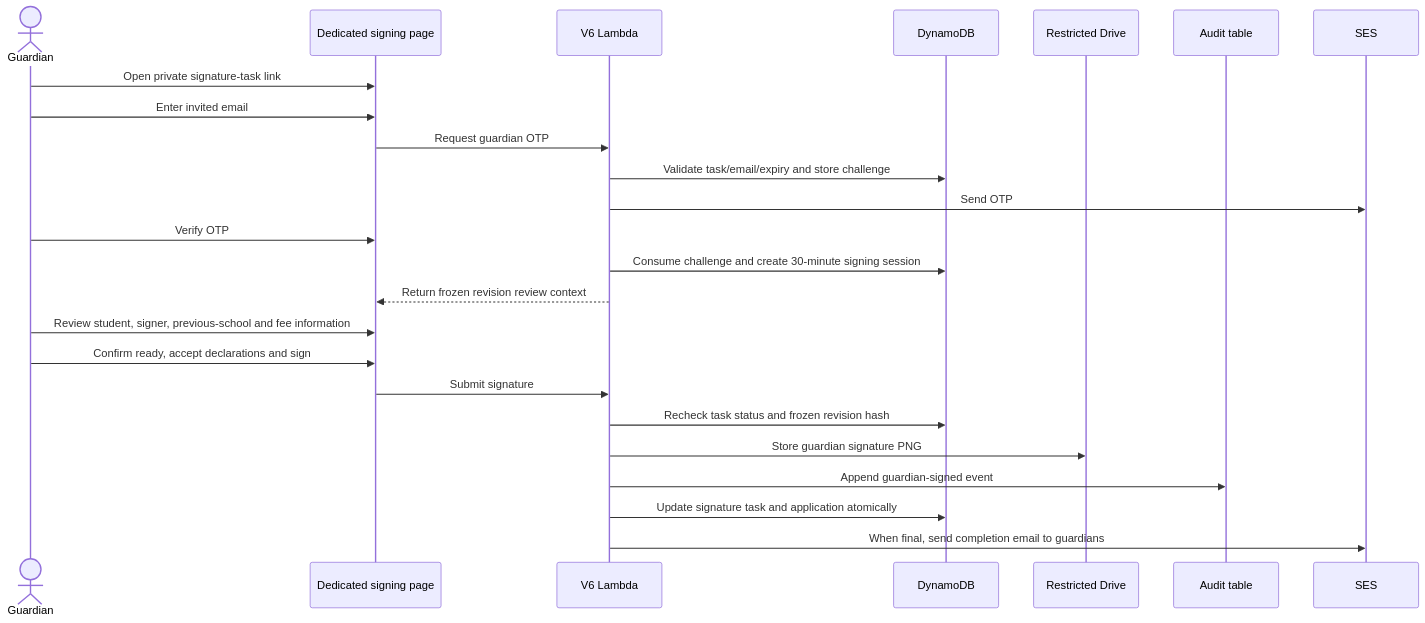
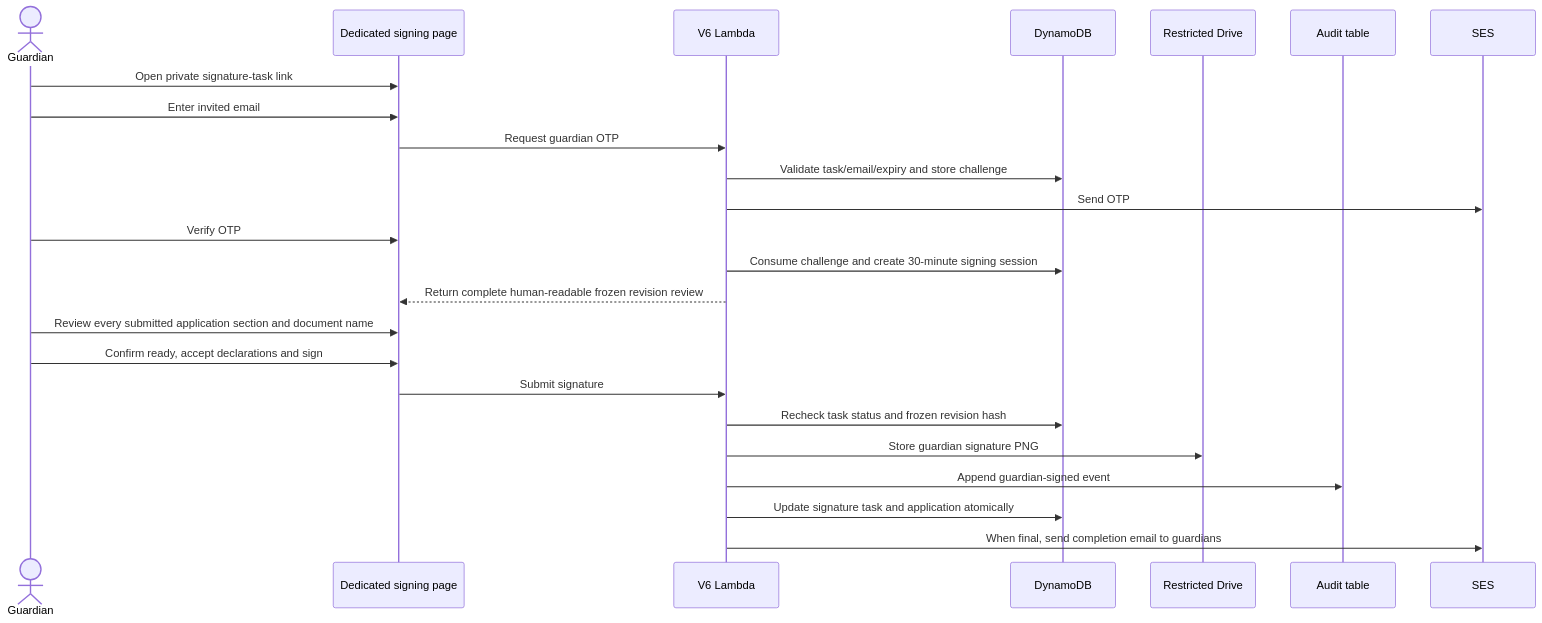
One commit to Martin-Reinoso/independentschoolwest changed the tenth of 13 diagrams in Rosewood enrolment/v6/DATA-PROCESS-MAP.md. Above: the diagram before and after it, drawn with Mermaid. The commit also changed other lines of this file and 12 other files, not shown here.

Commit message:
Show full application in guardian review

````diff
--- a/Rosewood enrolment/v6/DATA-PROCESS-MAP.md
+++ b/Rosewood enrolment/v6/DATA-PROCESS-MAP.md
@@ -540,27 +540,27 @@
 ```mermaid
 sequenceDiagram
     actor Guardian
     participant Page as Dedicated signing page
     participant API as V6 Lambda
     participant DB as DynamoDB
     participant Drive as Restricted Drive
     participant Audit as Audit table
     participant SES as SES
 
     Guardian->>Page: Open private signature-task link
     Guardian->>Page: Enter invited email
     Page->>API: Request guardian OTP
     API->>DB: Validate task/email/expiry and store challenge
     API->>SES: Send OTP
     Guardian->>Page: Verify OTP
     API->>DB: Consume challenge and create 30-minute signing session
-    API-->>Page: Return frozen revision review context
-    Guardian->>Page: Review student, signer, previous-school and fee information
+    API-->>Page: Return complete human-readable frozen revision review
+    Guardian->>Page: Review every submitted application section and document name
     Guardian->>Page: Confirm ready, accept declarations and sign
     Page->>API: Submit signature
     API->>DB: Recheck task status and frozen revision hash
     API->>Drive: Store guardian signature PNG
     API->>Audit: Append guardian-signed event
     API->>DB: Update signature task and application atomically
     API->>SES: When final, send completion email to guardians
 ```
````
